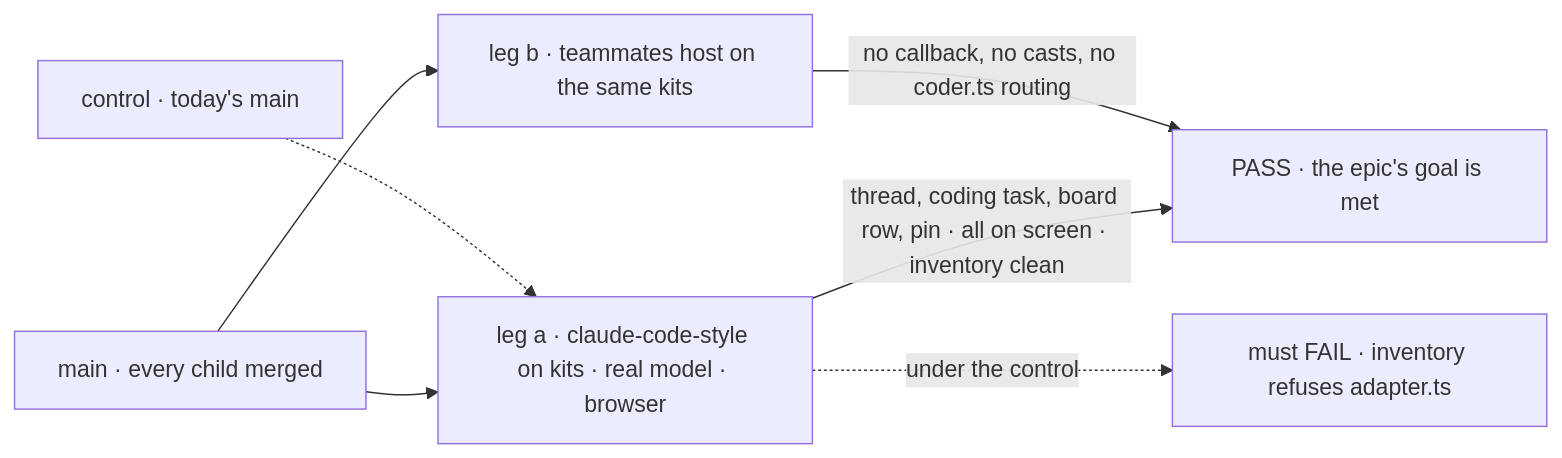
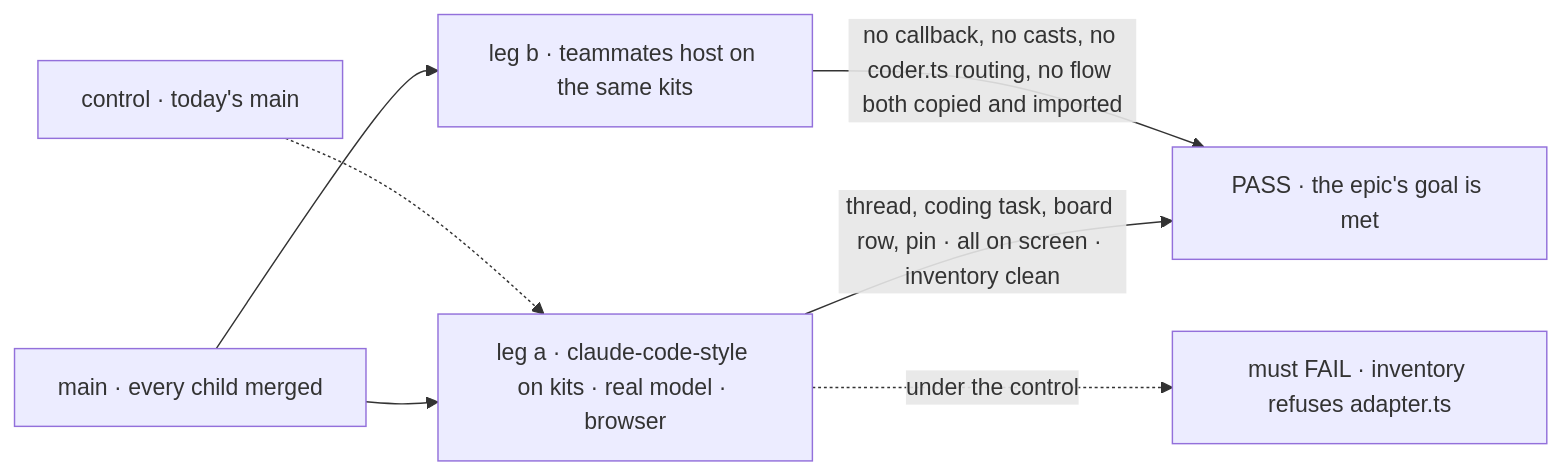
One commit to fixpoint-labs/flow-state-dev changed the first of 2 diagrams in specs/epics/FIX-2618/SPEC.md. Above: the diagram before and after it, drawn with Mermaid. The commit also changed other lines of this file and 12 other files, not shown here.

First line of the commit message:
spec(FIX-2618): fold review round 1 (stage-2 gate, ER-8 release, collapse owner, kit halves, O3 two paths)

````diff
--- a/specs/epics/FIX-2618/SPEC.md
+++ b/specs/epics/FIX-2618/SPEC.md
@@ -35,9 +35,9 @@
 ```mermaid
 flowchart LR
   M["main · every child merged"] --> A["leg a · claude-code-style on kits · real model · browser"]
   M --> B["leg b · teammates host on the same kits"]
   A -->|"thread, coding task, board row, pin · all on screen · inventory clean"| P["PASS · the epic's goal is met"]
-  B -->|"no callback, no casts, no coder.ts routing"| P
+  B -->|"no callback, no casts, no coder.ts routing, no flow both copied and imported"| P
   C["control · today's main"] -.-> A
   A -.->|"under the control"| F["must FAIL · inventory refuses adapter.ts"]
 ```
````
